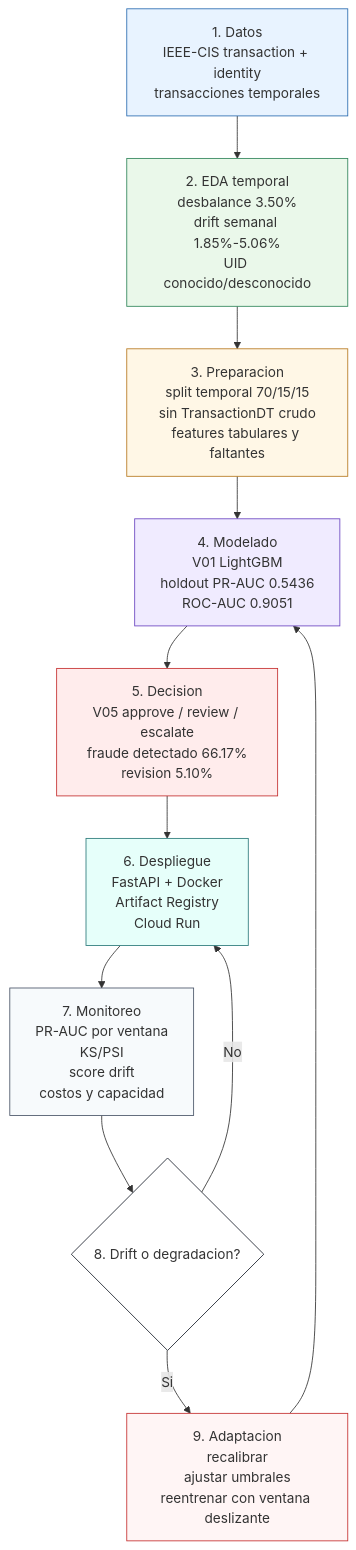
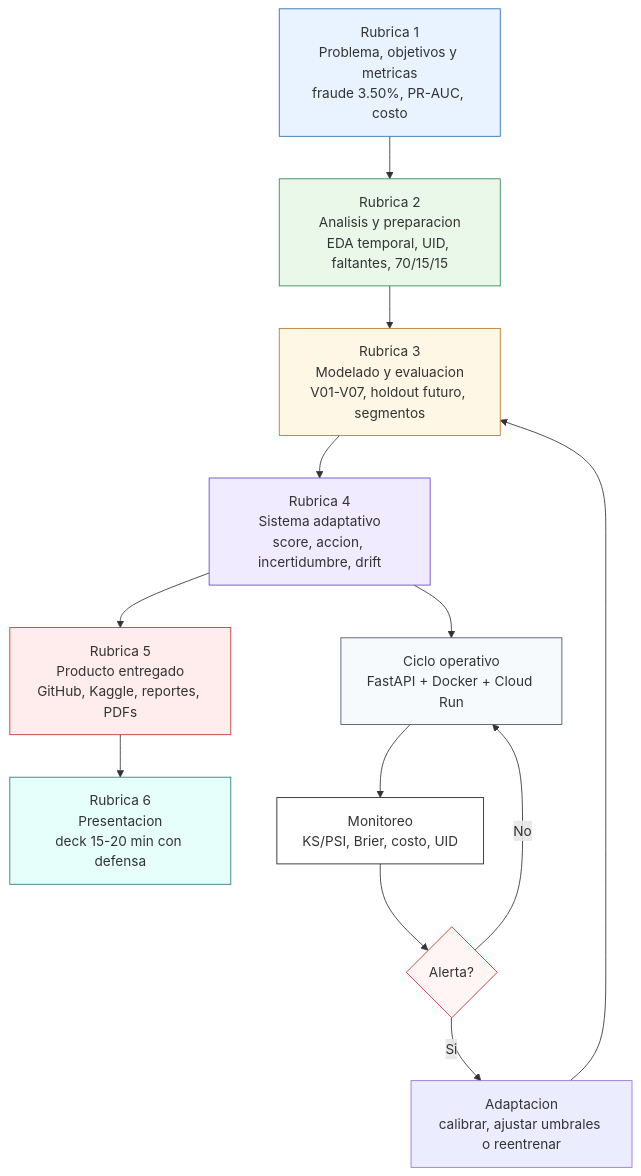
One commit to bianca-ap01/ptdia-proyecto1 changed the diagram in 06_delivery/infografia_final_mermaid.md. Above: the diagram before and after it, drawn with Mermaid. The commit also changed other lines of this file and 8 other files, not shown here.

````diff
--- a/06_delivery/infografia_final_mermaid.md
+++ b/06_delivery/infografia_final_mermaid.md
@@ -5,23 +5,24 @@
 ```mermaid
 flowchart TB
-    A[1. Datos<br/>IEEE-CIS transaction + identity<br/>transacciones temporales] --> B[2. EDA temporal<br/>desbalance 3.50%<br/>drift semanal 1.85%-5.06%<br/>UID conocido/desconocido]
-    B --> C[3. Preparacion<br/>split temporal 70/15/15<br/>sin TransactionDT crudo<br/>features tabulares y faltantes]
-    C --> D[4. Modelado<br/>V01 LightGBM<br/>holdout PR-AUC 0.5436<br/>ROC-AUC 0.9051]
-    D --> E[5. Decision<br/>V05 approve / review / escalate<br/>fraude detectado 66.17%<br/>revision 5.10%]
-    E --> F[6. Despliegue<br/>FastAPI + Docker<br/>Artifact Registry<br/>Cloud Run]
-    F --> G[7. Monitoreo<br/>PR-AUC por ventana<br/>KS/PSI<br/>score drift<br/>costos y capacidad]
-    G --> H{8. Drift o degradacion?}
-    H -- No --> F
-    H -- Si --> I[9. Adaptacion<br/>recalibrar<br/>ajustar umbrales<br/>reentrenar con ventana deslizante]
-    I --> D
+    A[Rubrica 1<br/>Problema, objetivos y metricas<br/>fraude 3.50%, PR-AUC, costo] --> B[Rubrica 2<br/>Analisis y preparacion<br/>EDA temporal, UID, faltantes, 70/15/15]
+    B --> C[Rubrica 3<br/>Modelado y evaluacion<br/>V01-V07, holdout futuro, segmentos]
+    C --> D[Rubrica 4<br/>Sistema adaptativo<br/>score, accion, incertidumbre, drift]
+    D --> E[Rubrica 5<br/>Producto entregado<br/>GitHub, Kaggle, reportes, PDFs]
+    E --> F[Rubrica 6<br/>Presentacion<br/>deck 15-20 min con defensa]
+    D --> G[Ciclo operativo<br/>FastAPI + Docker + Cloud Run]
+    G --> H[Monitoreo<br/>KS/PSI, Brier, costo, UID]
+    H --> I{Alerta?}
+    I -- No --> G
+    I -- Si --> J[Adaptacion<br/>calibrar, ajustar umbrales o reentrenar]
+    J --> C
 
     style A fill:#E8F3FF,stroke:#2B6CB0
     style B fill:#EAF8EA,stroke:#2F855A
     style C fill:#FFF7E6,stroke:#B7791F
     style D fill:#F0EBFF,stroke:#6B46C1
     style E fill:#FFECEC,stroke:#C53030
     style F fill:#E6FFFA,stroke:#2C7A7B
     style G fill:#F7FAFC,stroke:#4A5568
     style H fill:#FFFFFF,stroke:#1A202C
     style I fill:#FFF5F5,stroke:#C53030
 ```
````
